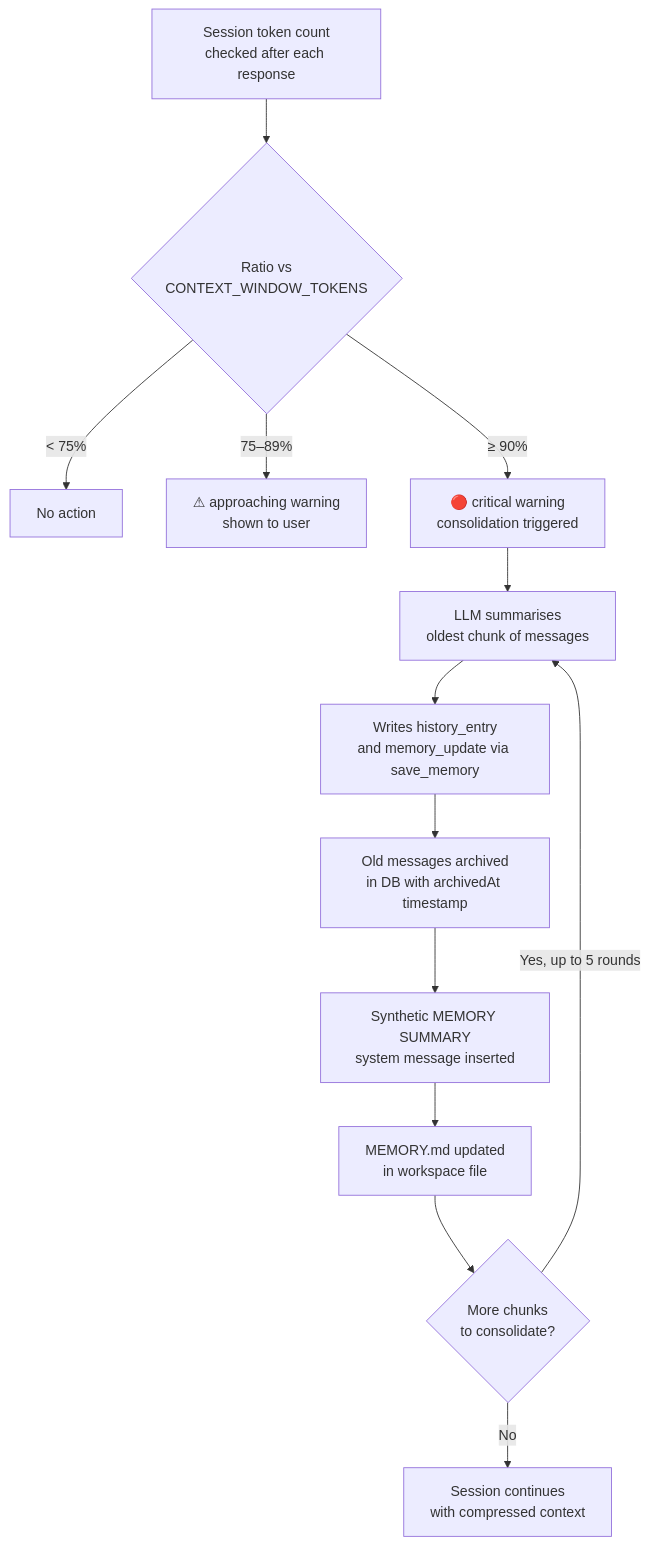
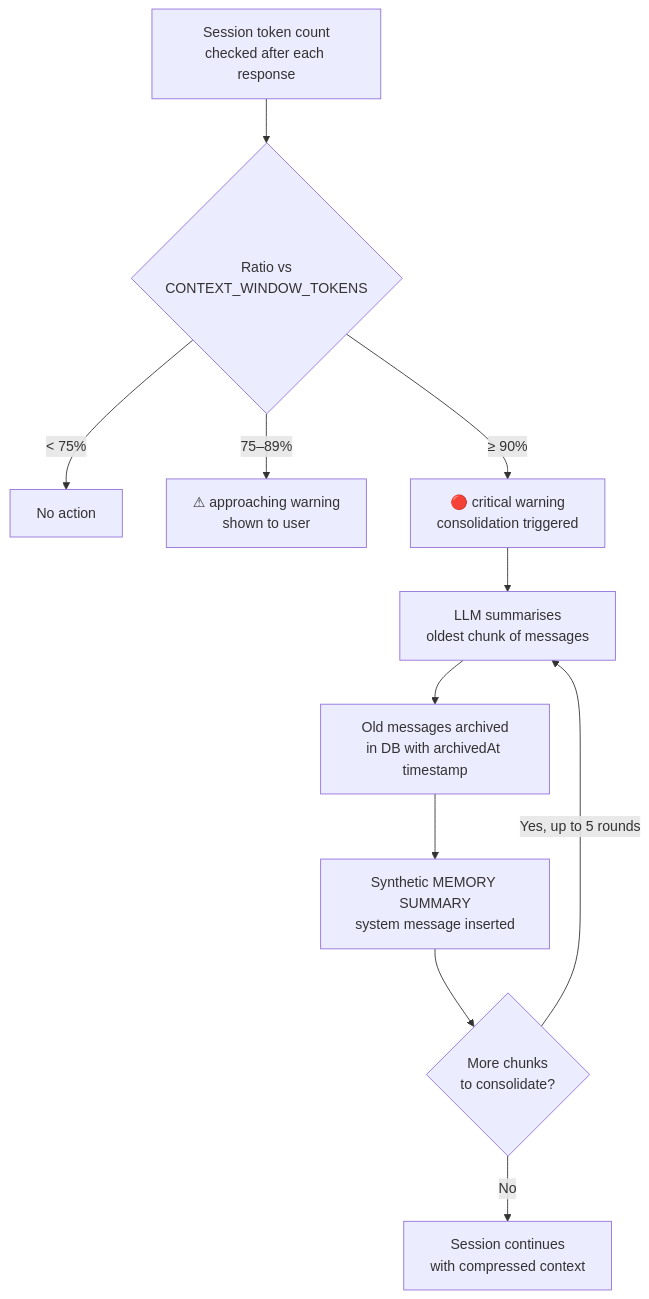
The third of 4 diagrams in docs/MEMORY.md (aibyml-ngo/clawix), drawn with Mermaid before and after one commit. The commit also changed other lines of this file, not shown here.

````diff
--- a/docs/MEMORY.md
+++ b/docs/MEMORY.md
@@ -351,17 +421,14 @@
 ```mermaid
 flowchart TD
     A[Session token count\nchecked after each response] --> B{Ratio vs\nCONTEXT_WINDOW_TOKENS}
     B -- "< 75%" --> C[No action]
     B -- "75–89%" --> D["⚠ approaching warning\nshown to user"]
     B -- "≥ 90%" --> E["🔴 critical warning\nconsolidation triggered"]
 
     E --> F[LLM summarises\noldest chunk of messages]
-    F --> G[Writes history_entry\nand memory_update via save_memory]
-    G --> H[Old messages archived\nin DB with archivedAt timestamp]
-    H --> I[Synthetic MEMORY SUMMARY\nsystem message inserted]
-    I --> J[MEMORY.md updated\nin workspace file]
-
-    J --> K{More chunks\nto consolidate?}
-    K -- Yes, up to 5 rounds --> F
-    K -- No --> L[Session continues\nwith compressed context]
+    F --> G[Old messages archived\nin DB with archivedAt timestamp]
+    G --> H[Synthetic MEMORY SUMMARY\nsystem message inserted]
+    H --> I{More chunks\nto consolidate?}
+    I -- Yes, up to 5 rounds --> F
+    I -- No --> J[Session continues\nwith compressed context]
 ```
````
